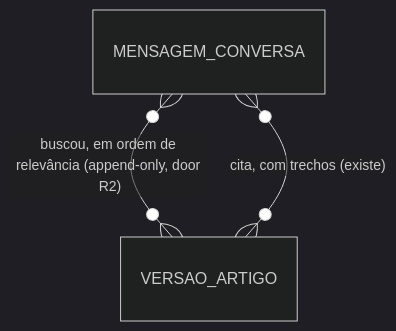
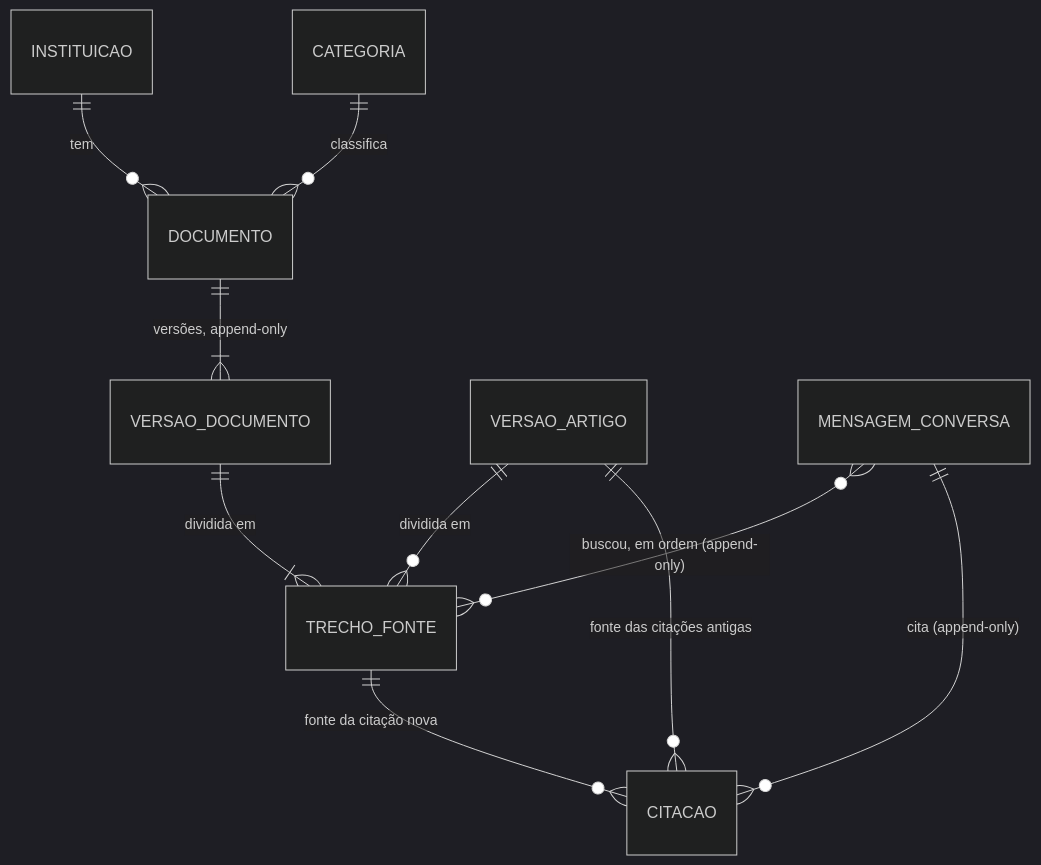
The second of 2 diagrams in .specs/features/rag/plan.md (Bitforgee/One), drawn with Mermaid (dark theme) before and after one commit. The commit also changed other lines of this file and 1 other file, not shown here.

````diff
--- a/.specs/features/rag/plan.md
+++ b/.specs/features/rag/plan.md
@@ -64,5 +97,12 @@
 ```mermaid
 erDiagram
-    MENSAGEM_CONVERSA }o--o{ VERSAO_ARTIGO : "buscou, em ordem de relevância (append-only, door R2)"
-    MENSAGEM_CONVERSA }o--o{ VERSAO_ARTIGO : "cita, com trechos (existe)"
+    INSTITUICAO ||--o{ DOCUMENTO : "tem"
+    CATEGORIA ||--o{ DOCUMENTO : "classifica"
+    DOCUMENTO ||--|{ VERSAO_DOCUMENTO : "versões, append-only"
+    VERSAO_ARTIGO ||--o{ TRECHO_FONTE : "dividida em"
+    VERSAO_DOCUMENTO ||--|{ TRECHO_FONTE : "dividida em"
+    MENSAGEM_CONVERSA }o--o{ TRECHO_FONTE : "buscou, em ordem (append-only)"
+    MENSAGEM_CONVERSA ||--o{ CITACAO : "cita (append-only)"
+    TRECHO_FONTE ||--o{ CITACAO : "fonte da citação nova"
+    VERSAO_ARTIGO ||--o{ CITACAO : "fonte das citações antigas"
 ```
````
